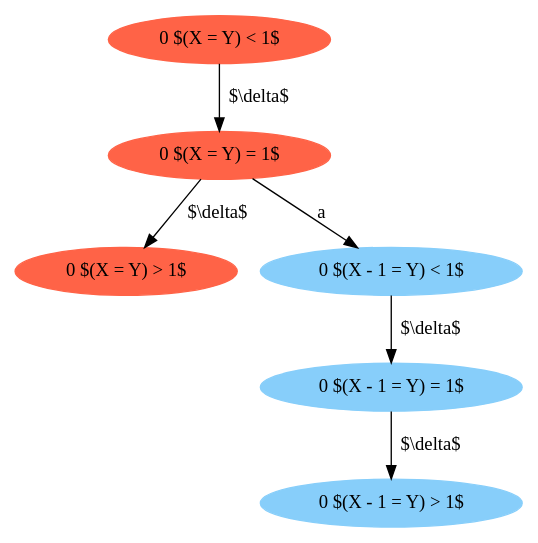
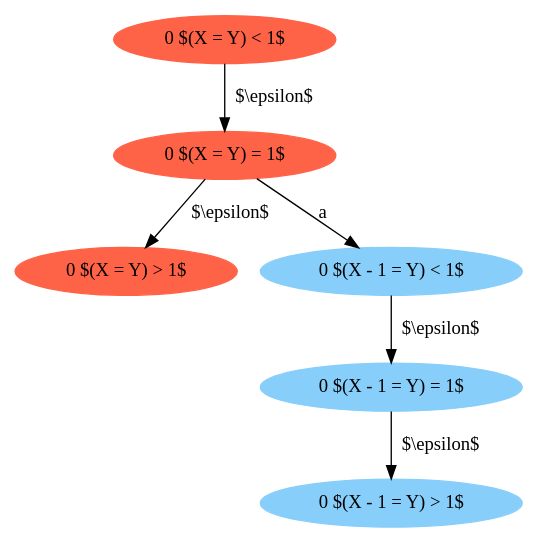
Before and after one commit to sguha100/bachelor-thesis: the diagram in thesis/breaking2-zones02.dot, drawn with Graphviz. The commit also changed 5 other files, not shown here.

Commit message:
Changed the diagrams, added more content to the thesis.

```diff
--- a/thesis/breaking2-zones02.dot
+++ b/thesis/breaking2-zones02.dot
@@ -1,13 +1,13 @@
 digraph {
 "0 $(X = Y) < 1$" [style=filled,color=tomato];
 "0 $(X = Y) = 1$" [style=filled,color=tomato];
 "0 $(X = Y) > 1$" [style=filled,color=tomato];
 "0 $(X - 1 = Y) < 1$" [style=filled,color=lightskyblue];
 "0 $(X - 1 = Y) = 1$" [style=filled,color=lightskyblue];
 "0 $(X - 1 = Y) > 1$" [style=filled,color=lightskyblue];
-"0 $(X = Y) < 1$" -> "0 $(X = Y) = 1$" [label = "$\\delta$"]
-"0 $(X = Y) = 1$" -> "0 $(X = Y) > 1$" [label = "$\\delta$"]
+"0 $(X = Y) < 1$" -> "0 $(X = Y) = 1$" [label = "$\\epsilon$"]
+"0 $(X = Y) = 1$" -> "0 $(X = Y) > 1$" [label = "$\\epsilon$"]
 "0 $(X = Y) = 1$" -> "0 $(X - 1 = Y) < 1$" [label = "a"]
-"0 $(X - 1 = Y) < 1$" -> "0 $(X - 1 = Y) = 1$" [label = "$\\delta$"]
-"0 $(X - 1 = Y) = 1$" -> "0 $(X - 1 = Y) > 1$" [label = "$\\delta$"]
+"0 $(X - 1 = Y) < 1$" -> "0 $(X - 1 = Y) = 1$" [label = "$\\epsilon$"]
+"0 $(X - 1 = Y) = 1$" -> "0 $(X - 1 = Y) > 1$" [label = "$\\epsilon$"]
 }
```
